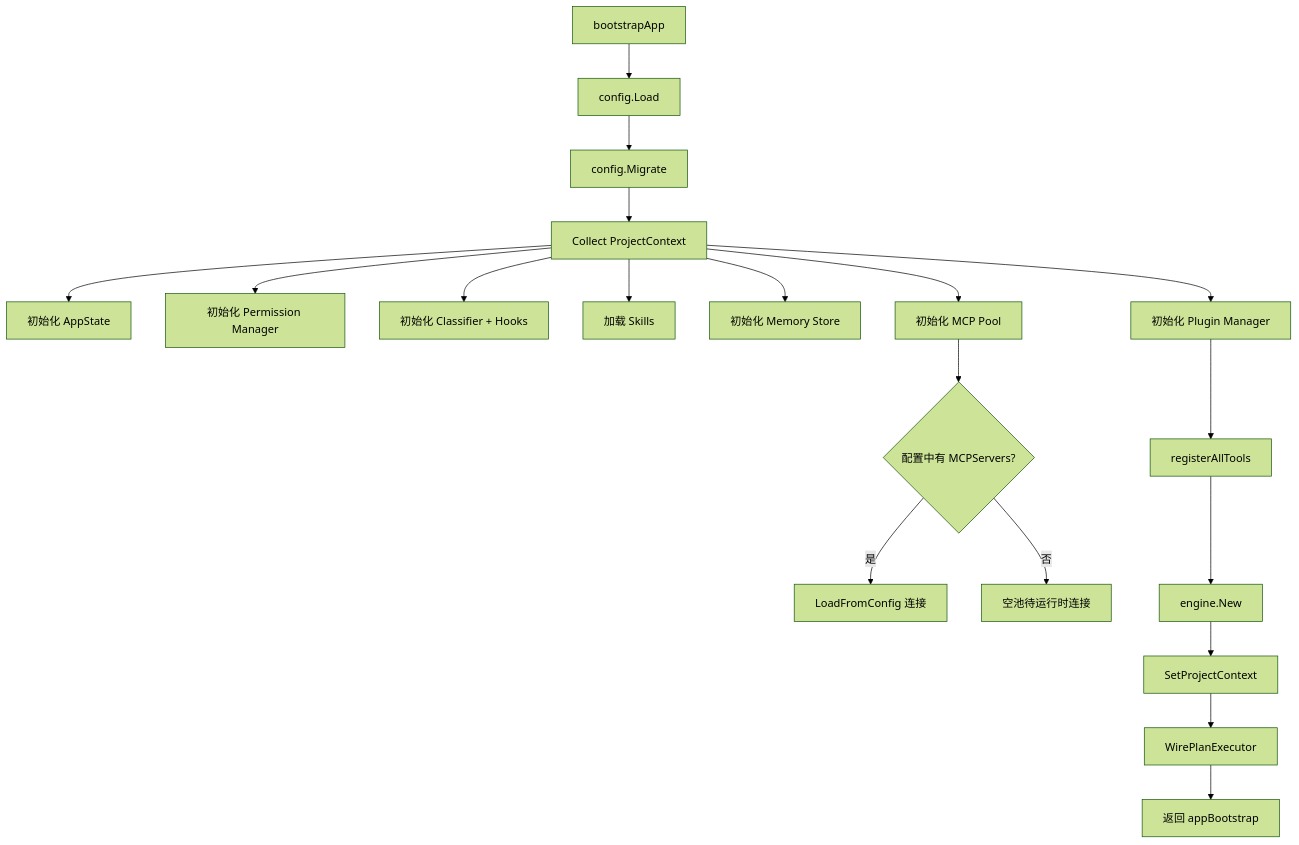
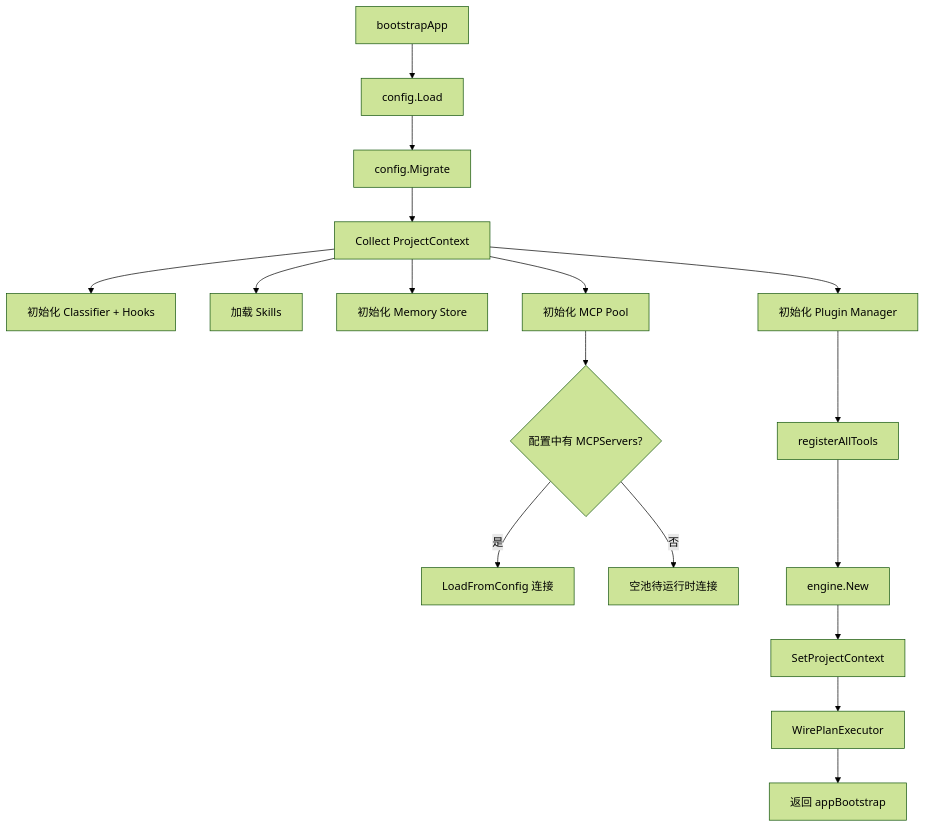
One commit to liuzhixin405/cove changed the second of 16 diagrams in docs/全流程图-端到端.md. Above: the diagram before and after it, drawn with Mermaid (forest theme). The commit also changed 144 other files, not shown here.

````diff
--- a/docs/全流程图-端到端.md
+++ b/docs/全流程图-端到端.md
@@ -43,24 +43,22 @@
 ```mermaid
 flowchart TD
     A[bootstrapApp] --> B[config.Load]
     B --> C[config.Migrate]
     C --> D[Collect ProjectContext]
 
-    D --> E[初始化 AppState]
-    D --> F[初始化 Permission Manager]
     D --> G[初始化 Classifier + Hooks]
     D --> H[加载 Skills]
     D --> I[初始化 Memory Store]
     D --> J[初始化 Plugin Manager]
     D --> K[初始化 MCP Pool]
 
     K --> K1{配置中有 MCPServers?}
     K1 -->|是| K2[LoadFromConfig 连接]
     K1 -->|否| K3[空池待运行时连接]
 
     J --> L[registerAllTools]
     L --> M[engine.New]
     M --> N[SetProjectContext]
     N --> O[WirePlanExecutor]
     O --> P[返回 appBootstrap]
 ```
````
